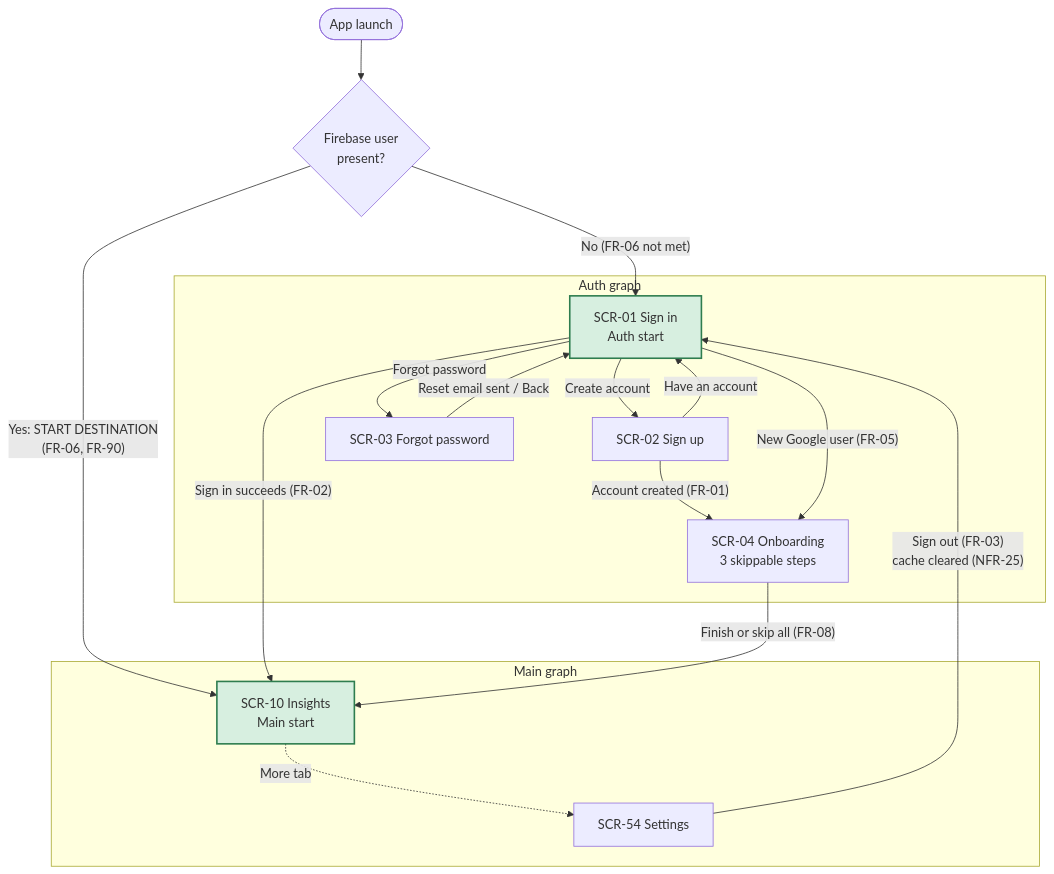
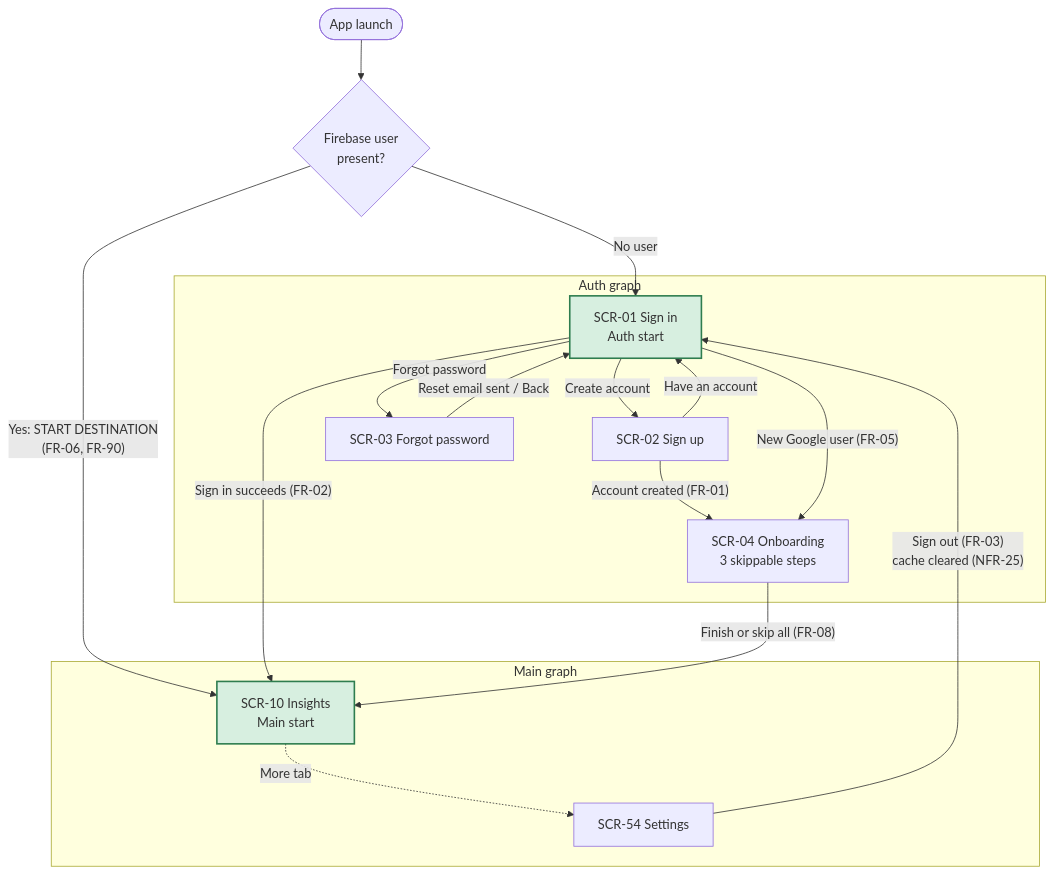
Before and after one commit to PulithThewmika/Fundtrail-android: the first of 2 diagrams in Docs/ux/screens.md, drawn with Mermaid.

````diff
--- a/Docs/ux/screens.md
+++ b/Docs/ux/screens.md
@@ -55,33 +55,33 @@
 ```mermaid
 flowchart TD
     LAUNCH(["App launch"]) --> GATE{"Firebase user<br/>present?"}
-    GATE -->|"No (FR-06 not met)"| SI
+    GATE -->|"No user"| SI
     GATE -->|"Yes: START DESTINATION<br/>(FR-06, FR-90)"| INS
 
     subgraph AUTH["Auth graph"]
         SI["SCR-01 Sign in<br/>Auth start"]
         SU["SCR-02 Sign up"]
         FP["SCR-03 Forgot password"]
         OB["SCR-04 Onboarding<br/>3 skippable steps"]
     end
 
     SI -->|"Create account"| SU
     SU -->|"Have an account"| SI
     SI -->|"Forgot password"| FP
     FP -->|"Reset email sent / Back"| SI
     SI -->|"Sign in succeeds (FR-02)"| INS
     SU -->|"Account created (FR-01)"| OB
     SI -->|"New Google user (FR-05)"| OB
     OB -->|"Finish or skip all (FR-08)"| INS
 
     subgraph MAIN["Main graph"]
         INS["SCR-10 Insights<br/>Main start"]
         SET["SCR-54 Settings"]
     end
 
     INS -.->|"More tab"| SET
     SET -->|"Sign out (FR-03)<br/>cache cleared (NFR-25)"| SI
 
     classDef start fill:#d7efe0,stroke:#2e7d4f,stroke-width:2px;
     class INS,SI start;
 ```
````
